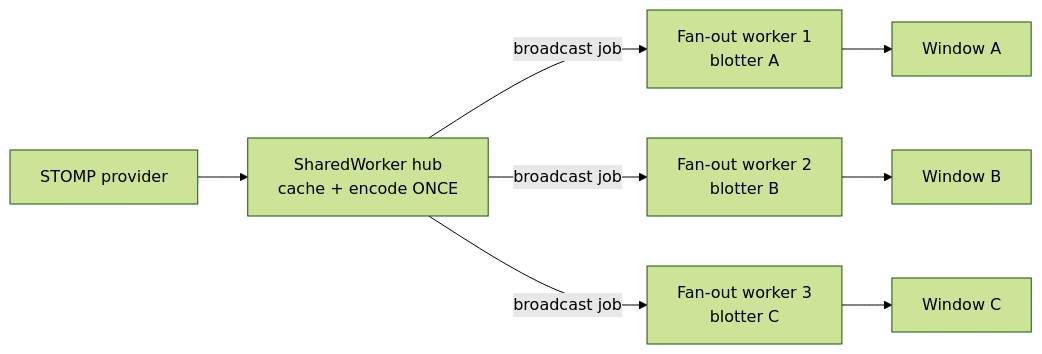
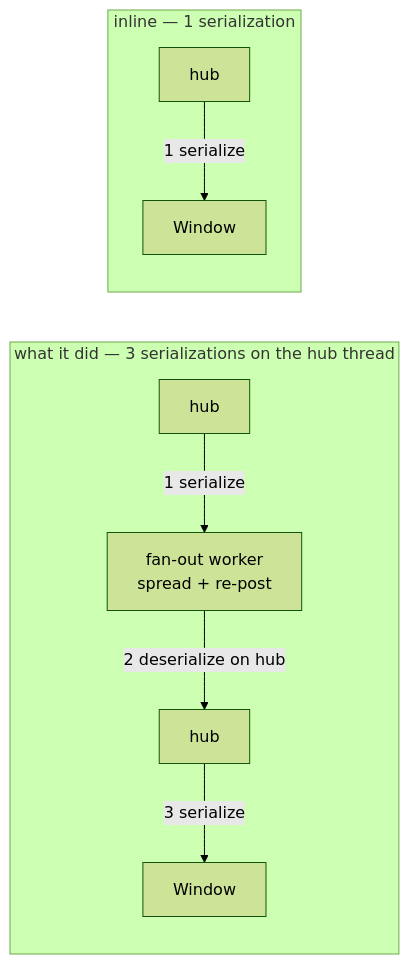
The seventh of 7 diagrams in docs/hub-fanout-optimizations.md (widgetstools/sternui), drawn with Mermaid (forest theme) before and after one commit. The commit also changed other lines of this file and 4 other files, not shown here.

First line of the commit message:
docs: SSRM pull-path ADR, fan-out correction, and feature inventory

````diff
--- a/docs/hub-fanout-optimizations.md
+++ b/docs/hub-fanout-optimizations.md
@@ -215,10 +220,11 @@
 ```mermaid
 flowchart LR
-    STOMP[STOMP provider] --> HUB[SharedWorker hub<br/>cache + encode ONCE]
-    HUB -->|broadcast job| W1[Fan-out worker 1<br/>blotter A]
-    HUB -->|broadcast job| W2[Fan-out worker 2<br/>blotter B]
-    HUB -->|broadcast job| W3[Fan-out worker 3<br/>blotter C]
-    W1 --> B1[Window A]
-    W2 --> B2[Window B]
-    W3 --> B3[Window C]
+    subgraph REMOVED [what it did — 3 serializations on the hub thread]
+        H1[hub] -->|1 serialize| WK[fan-out worker<br/>spread + re-post]
+        WK -->|2 deserialize on hub| H2[hub]
+        H2 -->|3 serialize| WIN[Window]
+    end
+    subgraph NOW [inline — 1 serialization]
+        H3[hub] -->|1 serialize| WIN2[Window]
+    end
 ```
````
